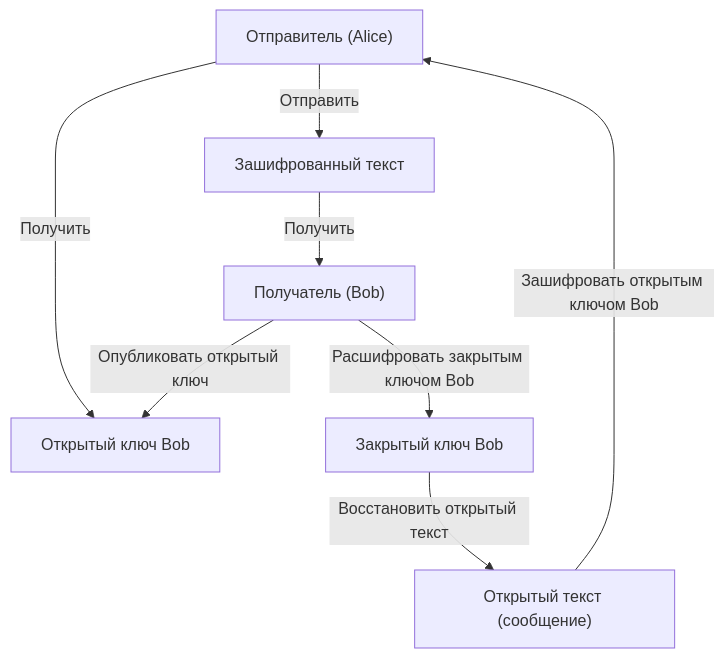
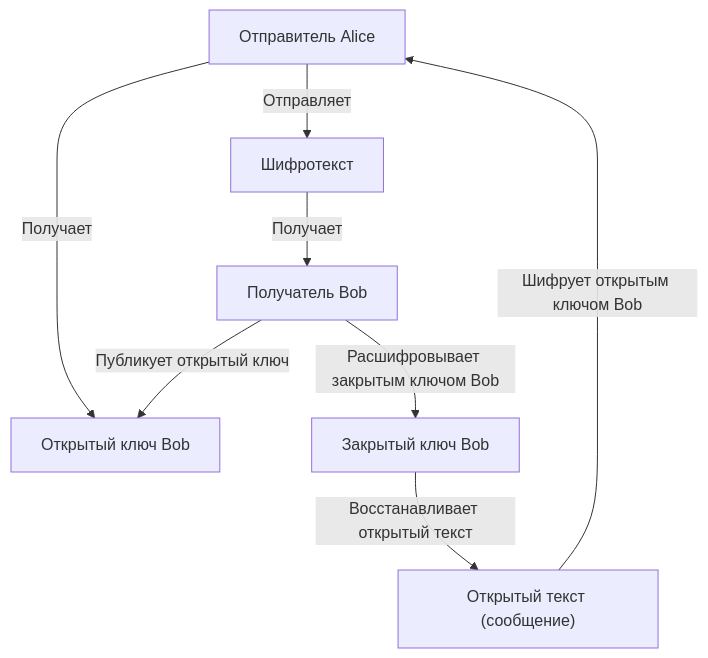
The first of 3 diagrams in content/post/modern-cryptography-public-key-hash-signature/index.ru.md (kenjinote/blog), drawn with Mermaid before and after one commit. The commit also changed other lines of this file and 5 other files, not shown here.

````diff
--- a/content/post/modern-cryptography-public-key-hash-signature/index.ru.md
+++ b/content/post/modern-cryptography-public-key-hash-signature/index.ru.md
@@ -37,17 +36,16 @@
 ```mermaid
 graph TD
-    A["Отправитель (Alice)"]
-    B["Получатель (Bob)"]
+    A["Отправитель Alice"]
+    B["Получатель Bob"]
     K_Pub["Открытый ключ Bob"]
     K_Priv["Закрытый ключ Bob"]
     P["Открытый текст (сообщение)"]
-    C["Зашифрованный текст"]
-
-    B -->|"Опубликовать открытый ключ"| K_Pub
-    A -->|"Получить"| K_Pub
-    P -->|"Зашифровать открытым ключом Bob"| A
-    A -->|"Отправить"| C
-    C -->|"Получить"| B
-    B -->|"Расшифровать закрытым ключом Bob"| K_Priv
-    K_Priv -->|"Восстановить открытый текст"| P
+    C["Шифротекст"]
+    B -->|"Публикует открытый ключ"| K_Pub
+    A -->|"Получает"| K_Pub
+    P -->|"Шифрует открытым ключом Bob"| A
+    A -->|"Отправляет"| C
+    C -->|"Получает"| B
+    B -->|"Расшифровывает закрытым ключом Bob"| K_Priv
+    K_Priv -->|"Восстанавливает открытый текст"| P
 ```
````
